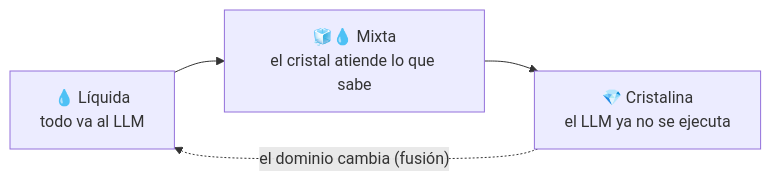
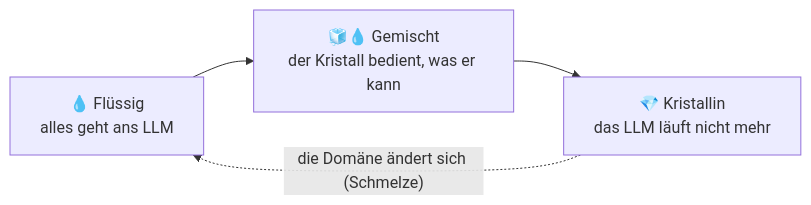
The diagram in abstract-architectures/cristalizacion.md (AbstractBike/SilvioMaciasSanchez), drawn with Mermaid before and after one commit. The commit also changed other lines of this file and 4 other files, not shown here.

````diff
--- a/abstract-architectures/cristalizacion.md
+++ b/abstract-architectures/cristalizacion.md
@@ -35,6 +35,6 @@
 ```mermaid
 flowchart LR
-    L["💧 Líquida<br/>todo va al LLM"] --> M["🧊💧 Mixta<br/>el cristal atiende lo que sabe"]
-    M --> C["💎 Cristalina<br/>el LLM ya no se ejecuta"]
-    C -. "el dominio cambia (fusión)" .-> L
+    L["💧 Flüssig<br/>alles geht ans LLM"] --> M["🧊💧 Gemischt<br/>der Kristall bedient, was er kann"]
+    M --> C["💎 Kristallin<br/>das LLM läuft nicht mehr"]
+    C -. "die Domäne ändert sich (Schmelze)" .-> L
 ```
````
